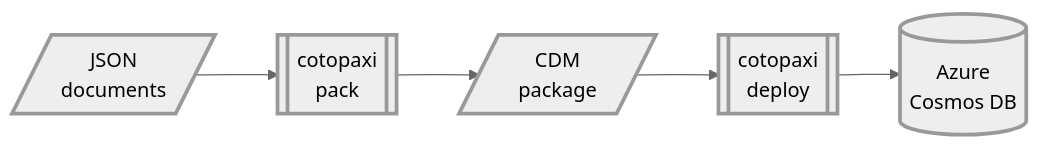
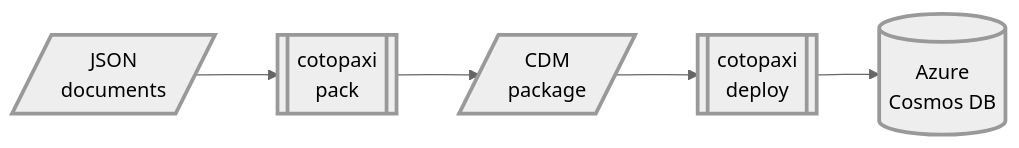
One commit to alexanderkozlenko/cotopaxi changed the diagram in doc/index.md. Above: the diagram before and after it, drawn with Mermaid (neutral theme). The commit also changed other lines of this file and 12 other files, not shown here.

````diff
--- a/doc/index.md
+++ b/doc/index.md
@@ -13,10 +13,10 @@
 ```mermaid
 flowchart LR
     s1[/"JSON<br />documents"/]
     s2[["cotopaxi<br />pack"]]
-    s3[/"CDM<br />&nbsp;&nbsp;package&nbsp;&nbsp;"/]
+    s3[/"CDM<br />package"/]
     s4[["cotopaxi<br />deploy"]]
     s5[("Azure<br />Cosmos DB")]
     s1-->s2-->s3-->s4-->s5
     classDef default stroke-width: 3px, font-family: system-ui
 ```
````
